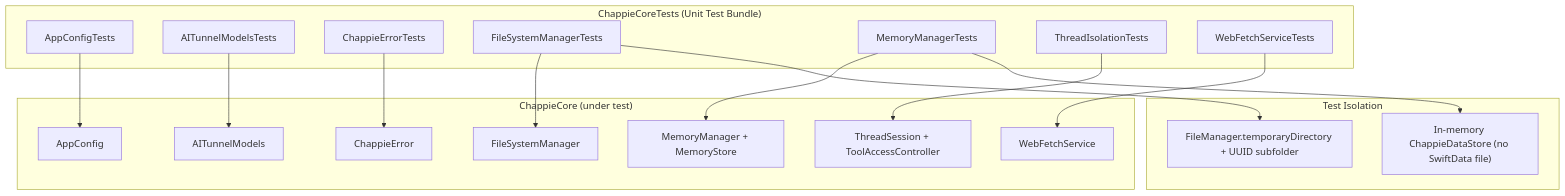
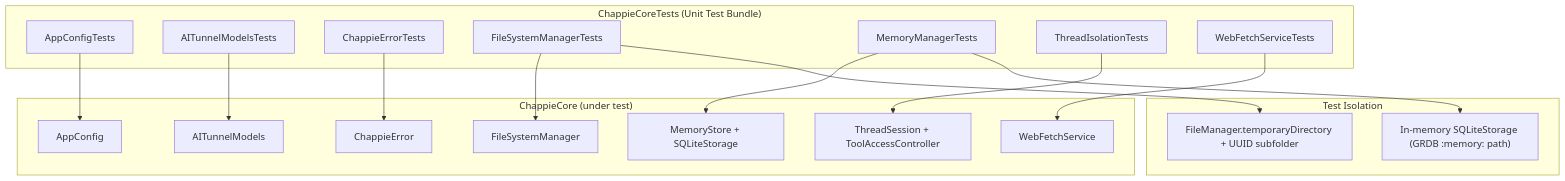
The diagram in ChappieCoreTests/architecture.md (iOSIvanovS/chappieai), drawn with Mermaid before and after one commit. The commit also changed other lines of this file and 14 other files, not shown here.

First line of the commit message:
feat: migrate storage from SwiftData to SQLite via GRDB

````diff
--- a/ChappieCoreTests/architecture.md
+++ b/ChappieCoreTests/architecture.md
@@ -42,38 +42,38 @@
 ```mermaid
 graph TD
     subgraph TestTarget["ChappieCoreTests (Unit Test Bundle)"]
         ACT["AppConfigTests"]
         ATMT["AITunnelModelsTests"]
         CET["ChappieErrorTests"]
         FSMT["FileSystemManagerTests"]
         MMT["MemoryManagerTests"]
         TIT["ThreadIsolationTests"]
         WFST["WebFetchServiceTests"]
     end
 
     subgraph Core["ChappieCore (under test)"]
         AC["AppConfig"]
         ATM["AITunnelModels"]
         CE["ChappieError"]
         FSM["FileSystemManager"]
-        MemM["MemoryManager + MemoryStore"]
+        MemM["MemoryStore + SQLiteStorage"]
         TS["ThreadSession + ToolAccessController"]
         WFS["WebFetchService"]
     end
 
     ACT --> AC
     ATMT --> ATM
     CET --> CE
     FSMT --> FSM
     MMT --> MemM
     TIT --> TS
     WFST --> WFS
 
     subgraph Isolation["Test Isolation"]
         TmpDir["FileManager.temporaryDirectory + UUID subfolder"]
-        InMemDS["In-memory ChappieDataStore (no SwiftData file)"]
+        InMemDB["In-memory SQLiteStorage (GRDB :memory: path)"]
     end
 
-    MMT --> InMemDS
+    MMT --> InMemDB
     FSMT --> TmpDir
 ```
````
